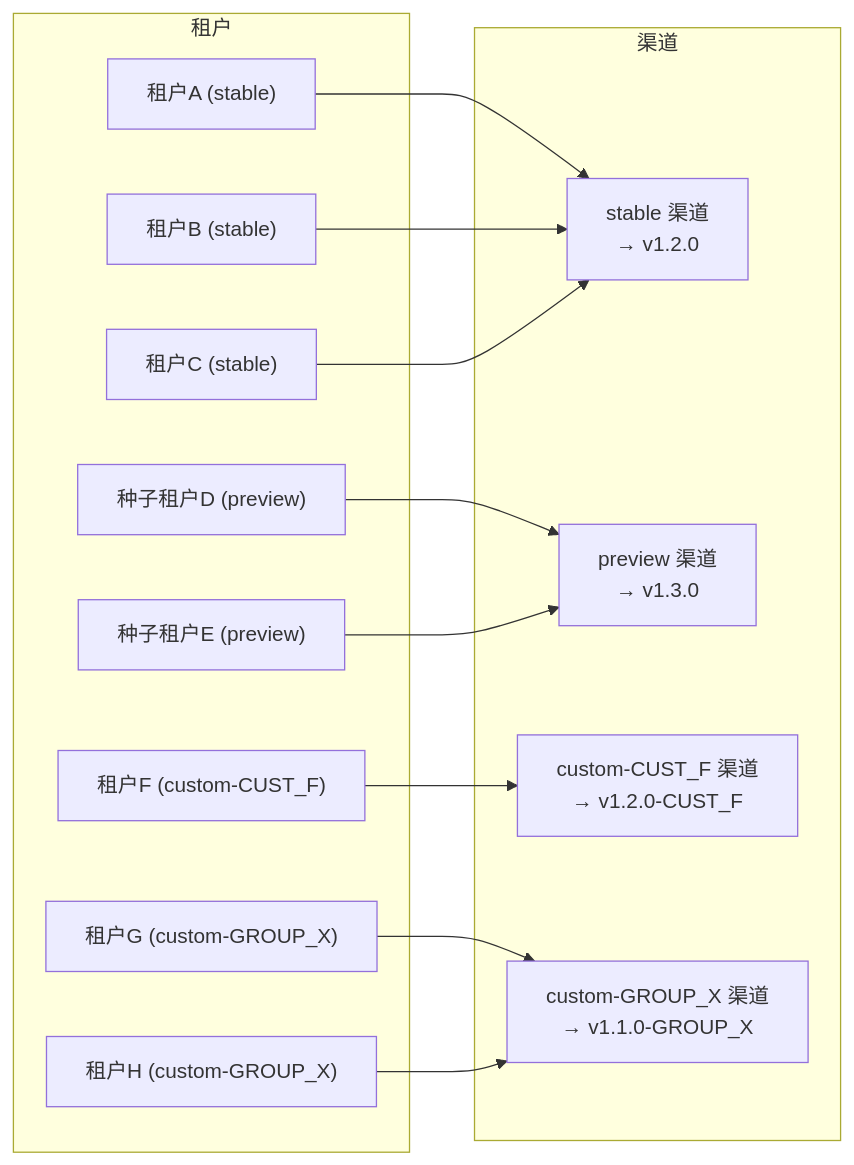
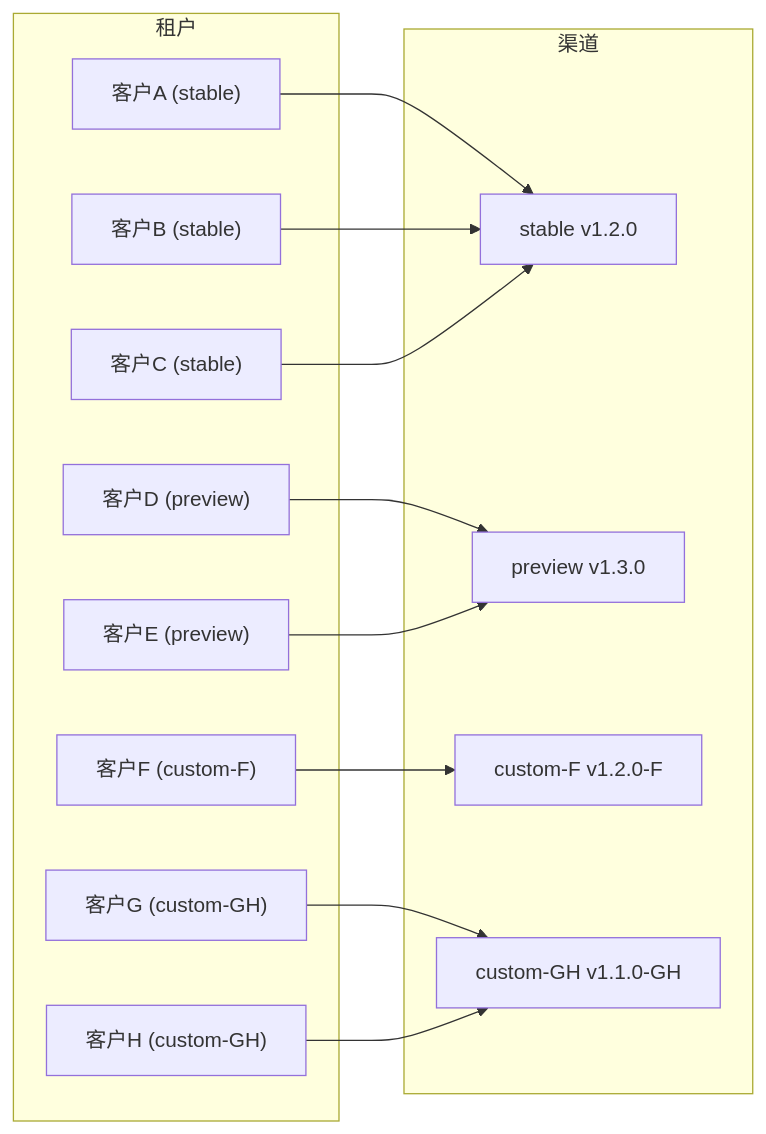
The first of 5 diagrams in docs/适用于生产现状的版本更新方案2.md (zhangpeng3710/nettydemo), drawn with Mermaid before and after one commit. The commit also changed 1 other file, not shown here.

````diff
--- a/docs/适用于生产现状的版本更新方案2.md
+++ b/docs/适用于生产现状的版本更新方案2.md
@@ -19,20 +19,20 @@
 ```mermaid
 graph LR
     subgraph 渠道
-        CH_S["stable 渠道<br/>→ v1.2.0"]
-        CH_P["preview 渠道<br/>→ v1.3.0"]
-        CH_F["custom-CUST_F 渠道<br/>→ v1.2.0-CUST_F"]
-        CH_X["custom-GROUP_X 渠道<br/>→ v1.1.0-GROUP_X"]
+        CH_S["stable v1.2.0"]
+        CH_P["preview v1.3.0"]
+        CH_F["custom-F v1.2.0-F"]
+        CH_X["custom-GH v1.1.0-GH"]
     end
 
     subgraph 租户
-        T1["租户A (stable)"] --> CH_S
-        T2["租户B (stable)"] --> CH_S
-        T3["租户C (stable)"] --> CH_S
-        T4["种子租户D (preview)"] --> CH_P
-        T5["种子租户E (preview)"] --> CH_P
-        T6["租户F (custom-CUST_F)"] --> CH_F
-        T7["租户G (custom-GROUP_X)"] --> CH_X
-        T8["租户H (custom-GROUP_X)"] --> CH_X
+        T1["客户A (stable)"] --> CH_S
+        T2["客户B (stable)"] --> CH_S
+        T3["客户C (stable)"] --> CH_S
+        T4["客户D (preview)"] --> CH_P
+        T5["客户E (preview)"] --> CH_P
+        T6["客户F (custom-F)"] --> CH_F
+        T7["客户G (custom-GH)"] --> CH_X
+        T8["客户H (custom-GH)"] --> CH_X
     end
 ```
````
